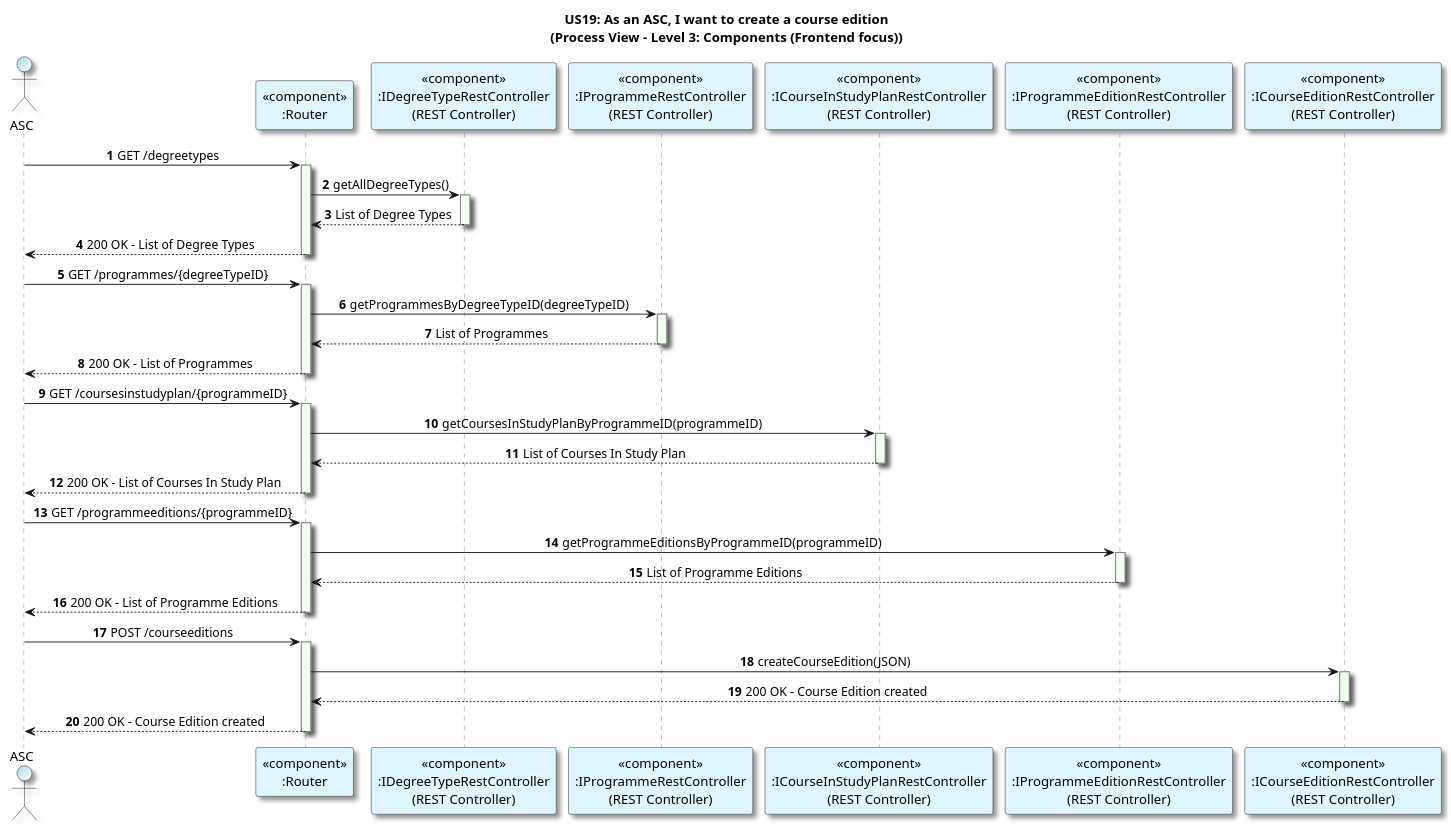
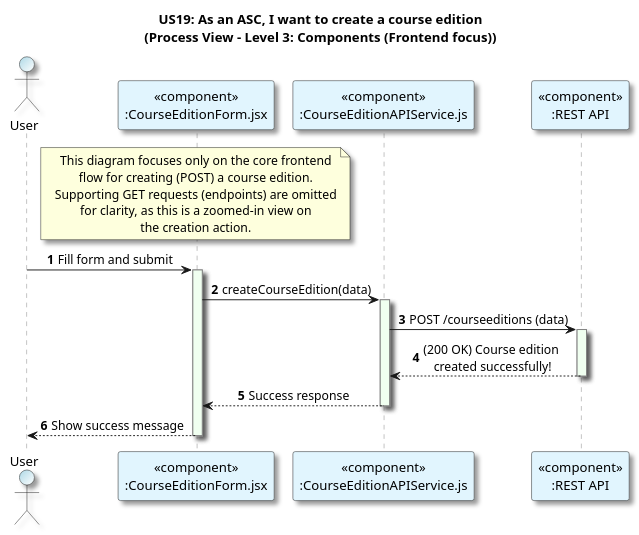
Before and after one commit to GasparISEP/DevOps-PAI: the diagram in docs/US19/Sprint6_RestAPI/ProcessView/CreateCourseEdition_Level3_Frontend.puml, drawn with PlantUML. The commit also changed 2 other files, not shown here.

Commit message:
[docs] Simplify level 3 process view diagram with frontend focus to focus only on the createCourseEdition (POST only) excluding auxiliary GET requests since it’s a zoom-in view on the creation action (Refs: #536, #549)

```diff
--- a/docs/US19/Sprint6_RestAPI/ProcessView/CreateCourseEdition_Level3_Frontend.puml
+++ b/docs/US19/Sprint6_RestAPI/ProcessView/CreateCourseEdition_Level3_Frontend.puml
@@ -1,69 +1,45 @@
 @startuml
 title: US19: As an ASC, I want to create a course edition\n(Process View - Level 3: Components (Frontend focus))
 autonumber
 
 skinparam {
   ActivityPadding 2
   ActivityMargin 2
   BoxPadding 2
 }
 skinparam sequence {
-  LifeLineBorderColor Grey
-  LifeLineBackgroundColor HoneyDew
+    LifeLineBorderColor Grey
+    LifeLineBackgroundColor HoneyDew
 }
 skinparam defaultTextAlignment center
 skinparam shadowing true
 
-actor ASC #LightBlue/White
-participant "<<component>>\n:Router" as router #E1F5FE
-participant "<<component>>\n:IDegreeTypeRestController\n(REST Controller)" as DegreeTypeController #E1F5FE
-participant "<<component>>\n:IProgrammeRestController\n(REST Controller)" as ProgrammeController #E1F5FE
-participant "<<component>>\n:ICourseInStudyPlanRestController\n(REST Controller)" as CSPController #E1F5FE
-participant "<<component>>\n:IProgrammeEditionRestController\n(REST Controller)" as PEController #E1F5FE
-participant "<<component>>\n:ICourseEditionRestController\n(REST Controller)" as CourseEditionController #E1F5FE
+actor User #LightBlue/White
+participant "<<component>>\n:CourseEditionForm.jsx" as CourseEditionForm #E1F5FE
+participant "<<component>>\n:CourseEditionAPIService.js" as CEApiService #E1F5FE
+participant "<<component>>\n:REST API" as BackendAPI #E1F5FE
 
-ASC -> router: GET /degreetypes
-activate router
-router -> DegreeTypeController: getAllDegreeTypes()
-activate DegreeTypeController
-DegreeTypeController --> router: List of Degree Types
-deactivate DegreeTypeController
-router --> ASC: 200 OK - List of Degree Types
-deactivate router
+note over CourseEditionForm
+This diagram focuses only on the core frontend
+flow for creating (POST) a course edition.
+Supporting GET requests (endpoints) are omitted
+for clarity, as this is a zoomed-in view on
+the creation action.
+end note
 
-ASC -> router: GET /programmes/{degreeTypeID}
-activate router
-router -> ProgrammeController: getProgrammesByDegreeTypeID(degreeTypeID)
-activate ProgrammeController
-ProgrammeController --> router: List of Programmes
-deactivate ProgrammeController
-router --> ASC: 200 OK - List of Programmes
-deactivate router
 
-ASC -> router: GET /coursesinstudyplan/{programmeID}
-activate router
-router -> CSPController: getCoursesInStudyPlanByProgrammeID(programmeID)
-activate CSPController
-CSPController --> router: List of Courses In Study Plan
-deactivate CSPController
-router --> ASC: 200 OK - List of Courses In Study Plan
-deactivate router
 
-ASC -> router: GET /programmeeditions/{programmeID}
-activate router
-router -> PEController: getProgrammeEditionsByProgrammeID(programmeID)
-activate PEController
-PEController --> router: List of Programme Editions
-deactivate PEController
-router --> ASC: 200 OK - List of Programme Editions
-deactivate router
+User -> CourseEditionForm: Fill form and submit
+activate CourseEditionForm
+CourseEditionForm -> CEApiService: createCourseEdition(data)
+activate CEApiService
+CEApiService -> BackendAPI: POST /courseeditions (data)
+activate BackendAPI
+BackendAPI --> CEApiService: (200 OK) Course edition\n created successfully!
+deactivate
+CEApiService --> CourseEditionForm: Success response
+deactivate
+CourseEditionForm --> User: Show success message
+deactivate
 
-ASC -> router: POST /courseeditions
-activate router
-router -> CourseEditionController: createCourseEdition(JSON)
-activate CourseEditionController
-CourseEditionController --> router: 200 OK - Course Edition created
-deactivate CourseEditionController
-router --> ASC: 200 OK - Course Edition created
-deactivate router
 @enduml
```
